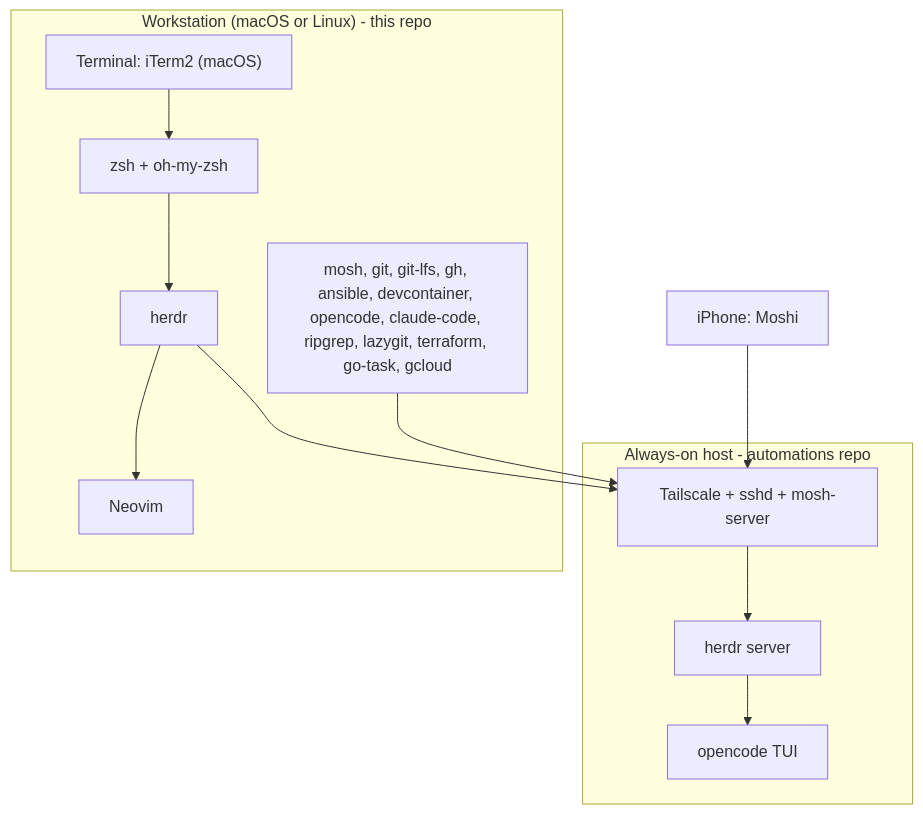
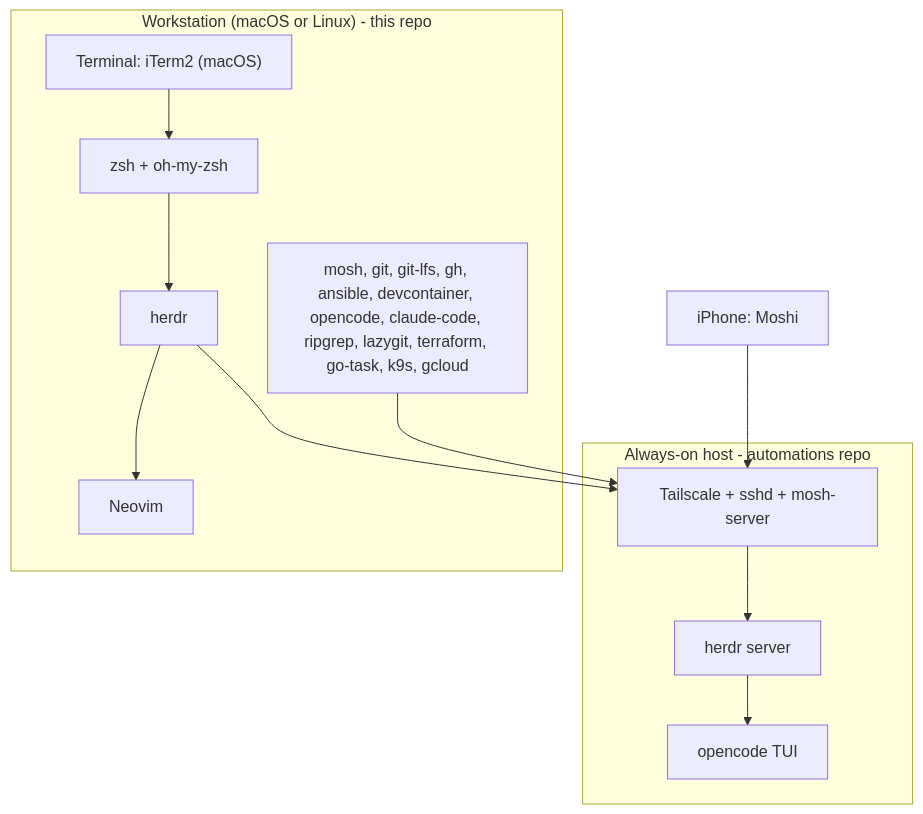
One commit to jkamenik/tui-ide changed the diagram in docs/architecture.md. Above: the diagram before and after it, drawn with Mermaid. The commit also changed 2 other files, not shown here.

Commit message:
Add k9s to the shared Brewfile

````diff
--- a/docs/architecture.md
+++ b/docs/architecture.md
@@ -21,26 +21,26 @@
 ```mermaid
 flowchart TB
     subgraph Workstation["Workstation (macOS or Linux) - this repo"]
         Term["Terminal: iTerm2 (macOS)"]
         Shell["zsh + oh-my-zsh"]
         Mux["herdr"]
         Edit["Neovim"]
-        Tools["mosh, git, git-lfs, gh, ansible, devcontainer, opencode, claude-code, ripgrep, lazygit, terraform, go-task, gcloud"]
+        Tools["mosh, git, git-lfs, gh, ansible, devcontainer, opencode, claude-code, ripgrep, lazygit, terraform, go-task, k9s, gcloud"]
     end
 
     subgraph Remote["Always-on host - automations repo"]
         TSNet["Tailscale + sshd + mosh-server"]
         Hmux["herdr server"]
         Agent["opencode TUI"]
     end
 
     IOS["iPhone: Moshi"]
 
     Term --> Shell --> Mux
     Mux --> Edit
     Mux --> TSNet
     Tools --> TSNet
     IOS --> TSNet
     TSNet --> Hmux
     Hmux --> Agent
 ```
````
